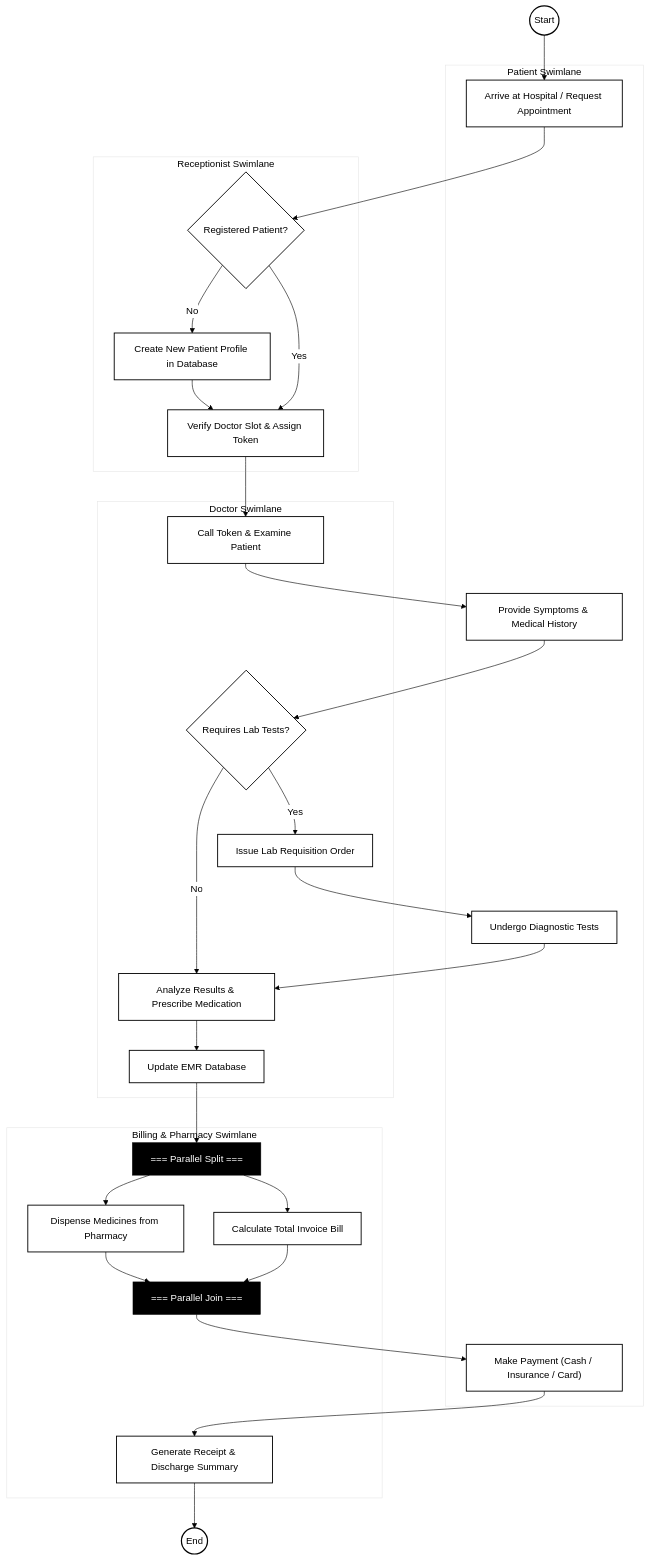
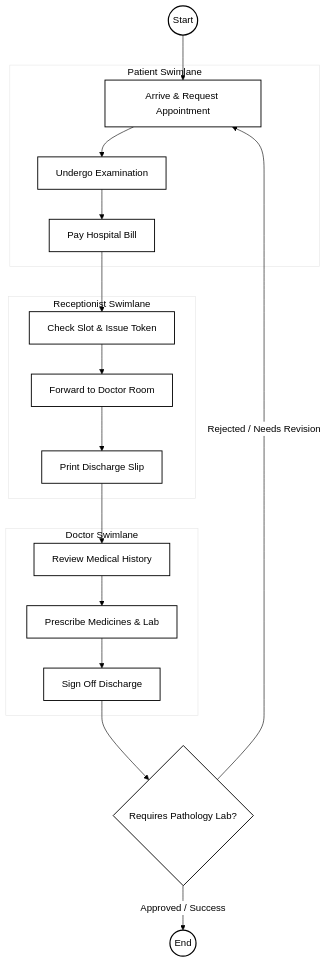
One commit to tiwaritanay01/AISC_CLI changed the diagram in SE/hospital/hospital_activity.mmd. Above: the diagram before and after it, drawn with Mermaid. The commit also changed 265 other files, not shown here.

Commit message:
Add all 25 Software Engineering case studies with 100 UML and DFD Mermaid.js diagrams

```diff
--- a/SE/hospital/hospital_activity.mmd
+++ b/SE/hospital/hospital_activity.mmd
@@ -1,63 +1,43 @@
-%%{init: {'theme': 'base', 'themeVariables': {'primaryColor': '#ffffff', 'primaryTextColor': '#000000', 'primaryBorderColor': '#000000', 'lineColor': '#000000'}}}%%
+%%{init: {'theme': 'base', 'themeVariables': {'primaryColor': '#ffffff', 'primaryTextColor': '#000000', 'primaryBorderColor': '#000000', 'lineColor': '#000000', 'secondaryColor': '#ffffff', 'tertiaryColor': '#ffffff'}}}%%
 flowchart TD
     classDef default fill:#ffffff,stroke:#000000,stroke-width:1.5px,color:#000000;
     classDef decision fill:#ffffff,stroke:#000000,stroke-width:1.5px,color:#000000;
     classDef sync fill:#000000,stroke:#000000,stroke-width:1px,color:#ffffff;
     classDef circle fill:#ffffff,stroke:#000000,stroke-width:2px,color:#000000;
 
-    Start((Start)):::circle
+    StartNode((Start)):::circle
+    EndNode((End)):::circle
 
-    subgraph SWIMLANE_PATIENT ["Patient Swimlane"]
-        A1["Arrive at Hospital / Request Appointment"]
-        A2["Provide Symptoms & Medical History"]
-        A3["Undergo Diagnostic Tests"]
-        A4["Make Payment (Cash / Insurance / Card)"]
+    subgraph SWIM_Patient ["Patient Swimlane"]
+        ACT_1["Arrive & Request Appointment"]
+        ACT_2["Undergo Examination"]
+        ACT_3["Pay Hospital Bill"]
     end
 
-    subgraph SWIMLANE_RECEPTION ["Receptionist Swimlane"]
-        B1{"Registered Patient?"}:::decision
-        B2["Create New Patient Profile in Database"]
-        B3["Verify Doctor Slot & Assign Token"]
+    subgraph SWIM_Receptionist ["Receptionist Swimlane"]
+        ACT_4["Check Slot & Issue Token"]
+        ACT_5["Forward to Doctor Room"]
+        ACT_6["Print Discharge Slip"]
     end
 
-    subgraph SWIMLANE_DOCTOR ["Doctor Swimlane"]
-        C1["Call Token & Examine Patient"]
-        C2{"Requires Lab Tests?"}:::decision
-        C3["Issue Lab Requisition Order"]
-        C4["Analyze Results & Prescribe Medication"]
-        C5["Update EMR Database"]
+    subgraph SWIM_Doctor ["Doctor Swimlane"]
+        ACT_7["Review Medical History"]
+        ACT_8["Prescribe Medicines & Lab"]
+        ACT_9["Sign Off Discharge"]
     end
 
-    subgraph SWIMLANE_BILLING ["Billing & Pharmacy Swimlane"]
-        Fork1[=== Parallel Split ===]:::sync
-        D1["Dispense Medicines from Pharmacy"]
-        D2["Calculate Total Invoice Bill"]
-        Join1[=== Parallel Join ===]:::sync
-        D3["Generate Receipt & Discharge Summary"]
-    end
+    DEC_1{"Requires Pathology Lab?"}:::decision
 
-    EndNode((End)):::circle
-
-    Start --> A1
-    A1 --> B1
-    B1 -->|No| B2
-    B2 --> B3
-    B1 -->|Yes| B3
-    B3 --> C1
-    C1 --> A2
-    A2 --> C2
-    C2 -->|Yes| C3
-    C3 --> A3
-    A3 --> C4
-    C2 -->|No| C4
-    C4 --> C5
-
-    C5 --> Fork1
-    Fork1 --> D1
-    Fork1 --> D2
-    D1 --> Join1
-    D2 --> Join1
-
-    Join1 --> A4
-    A4 --> D3
-    D3 --> EndNode
+    %% Activity Workflow Transitions
+    StartNode --> ACT_1
+    ACT_1 --> ACT_2
+    ACT_2 --> ACT_3
+    ACT_3 --> ACT_4
+    ACT_4 --> ACT_5
+    ACT_5 --> ACT_6
+    ACT_6 --> ACT_7
+    ACT_7 --> ACT_8
+    ACT_8 --> ACT_9
+    ACT_9 --> DEC_1
+    DEC_1 -->|Approved / Success| EndNode
+    DEC_1 -->|Rejected / Needs Revision| ACT_1
```
